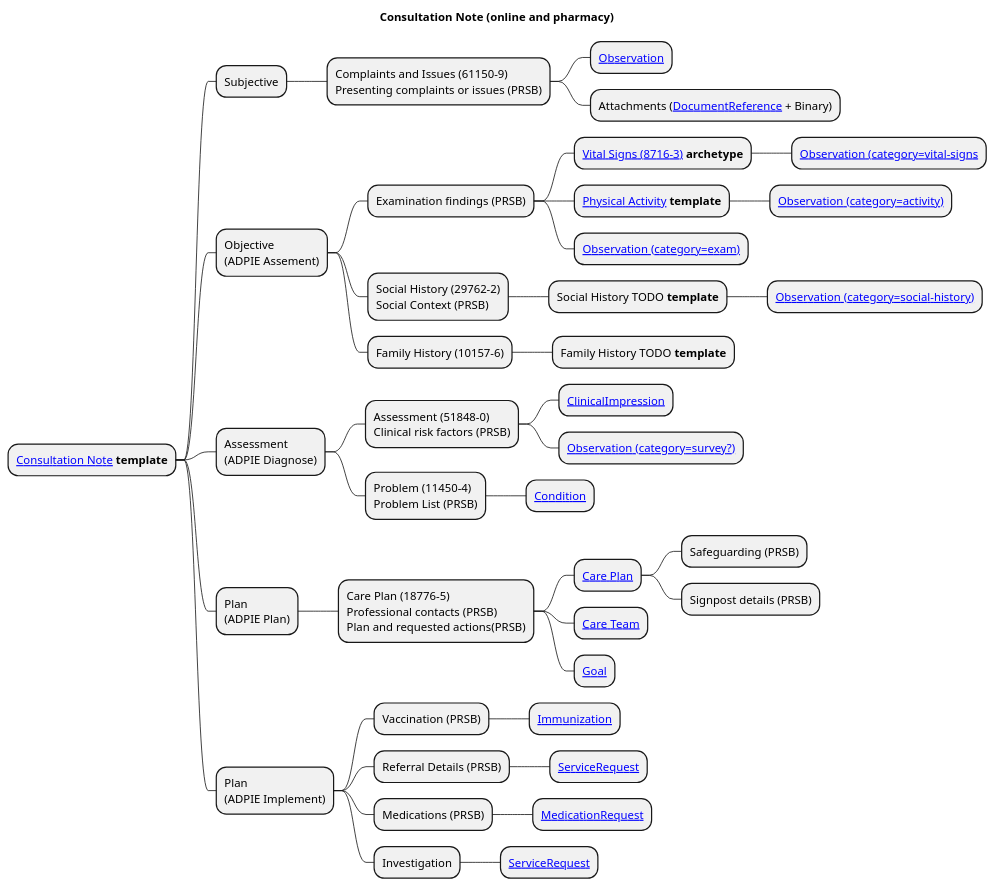
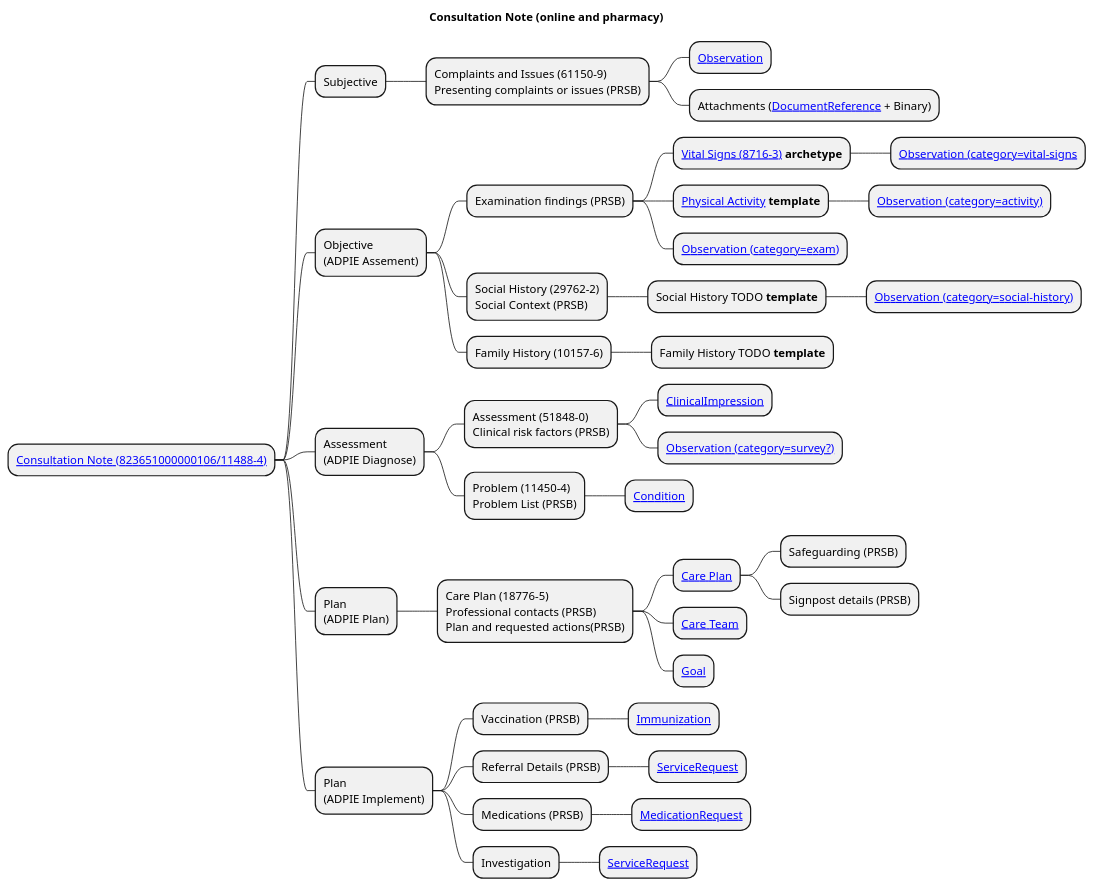
One commit to Virtually-Healthcare/virtually-healthcare.github.com changed the diagram in input/images-source/consultation-note-mindmap.plantuml. Above: the diagram before and after it, drawn with PlantUML. The commit also changed 4 other files, not shown here.

```diff
--- a/input/images-source/consultation-note-mindmap.plantuml
+++ b/input/images-source/consultation-note-mindmap.plantuml
@@ -1,47 +1,47 @@
 @startmindmap
 
 skinparam svgDimensionStyle false
 
 title "Consultation Note (online and pharmacy)"
 
-* [[Questionnaire-ConsultationNote.html Consultation Note]] **template**
+* [[StructureDefinition-ConsulationNote.html Consultation Note (823651000000106/11488-4)]]
 ** Subjective
 *** Complaints and Issues (61150-9)\nPresenting complaints or issues (PRSB)
 **** [[StructureDefinition-Observation.html Observation]]
 **** Attachments ([[StructureDefinition-DocumentReference.html DocumentReference]] + Binary)
 ** Objective\n(ADPIE Assement)
 *** Examination findings (PRSB)
 **** [[Questionnaire-VitalSigns.html Vital Signs (8716-3)]] <b>archetype</b>
 ***** [[StructureDefinition-Observation.html Observation (category=vital-signs]]
 **** [[Questionnaire-DailyPhysicalActivity.html Physical Activity]] **template**
 ***** [[StructureDefinition-Observation.html Observation (category=activity)]]
 **** [[StructureDefinition-Observation.html Observation (category=exam)]]
 *** Social History (29762-2)\nSocial Context (PRSB)
 **** Social History TODO <b>template</b>
 ***** [[StructureDefinition-Observation.html Observation (category=social-history)]]
 *** Family History (10157-6)
 **** Family History TODO <b>template</b>
 ** Assessment\n(ADPIE Diagnose)
 *** Assessment (51848-0)\nClinical risk factors (PRSB)
 **** [[StructureDefinition-ClinicalImpression.html ClinicalImpression]]
 **** [[StructureDefinition-Observation.html Observation (category=survey?)]]
 *** Problem (11450-4)\nProblem List (PRSB)
 **** [[StructureDefinition-Condition.html Condition]]
 ** Plan\n(ADPIE Plan)
 *** Care Plan (18776-5)\nProfessional contacts (PRSB)\nPlan and requested actions(PRSB)
 **** [[StructureDefinition-CarePlan.html Care Plan]]
 ***** Safeguarding (PRSB)
 ***** Signpost details (PRSB)
 **** [[StructureDefinition-CareTeam.html Care Team]]
 **** [[StructureDefinition-Goal.html Goal]]
 ** Plan\n(ADPIE Implement)
 *** Vaccination (PRSB)
 **** [[StructureDefinition-Immunization.html Immunization]]
 *** Referral Details (PRSB)
 **** [[StructureDefinition-ServiceRequest.html ServiceRequest]]
 *** Medications (PRSB)
 **** [[StructureDefinition-MedicationRequest.html MedicationRequest]]
 *** Investigation
 **** [[StructureDefinition-ServiceRequest.html ServiceRequest]]
 
 @endmindmap
```
